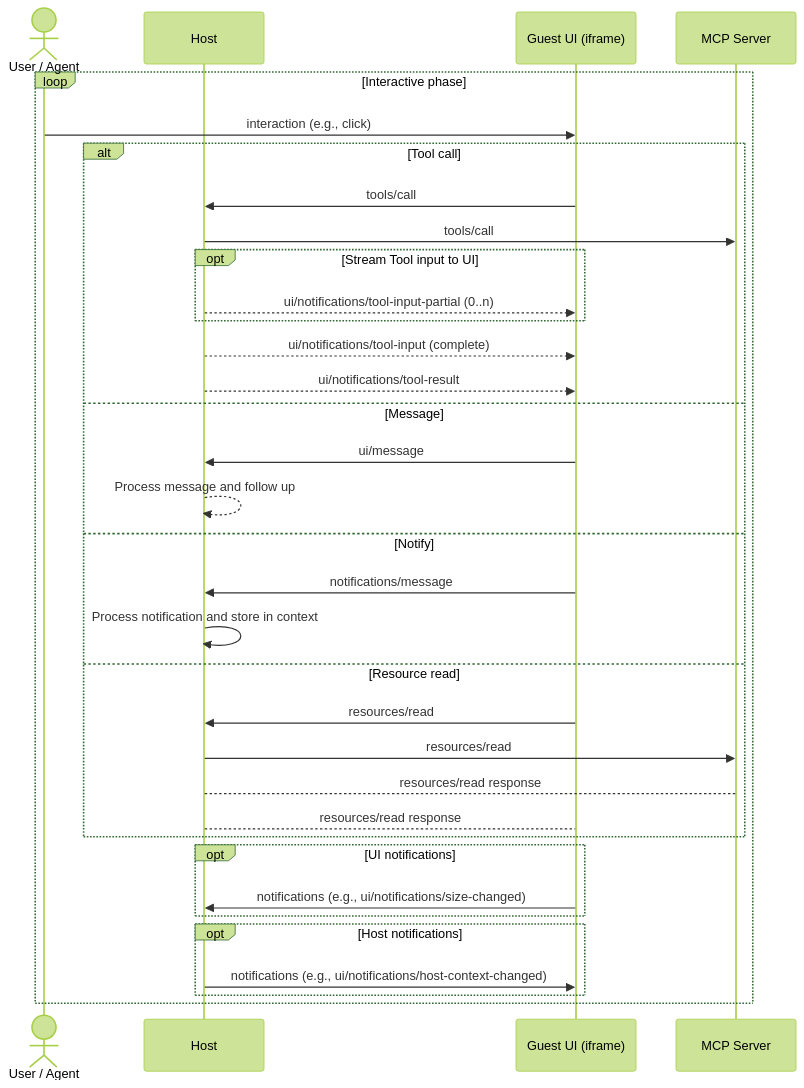
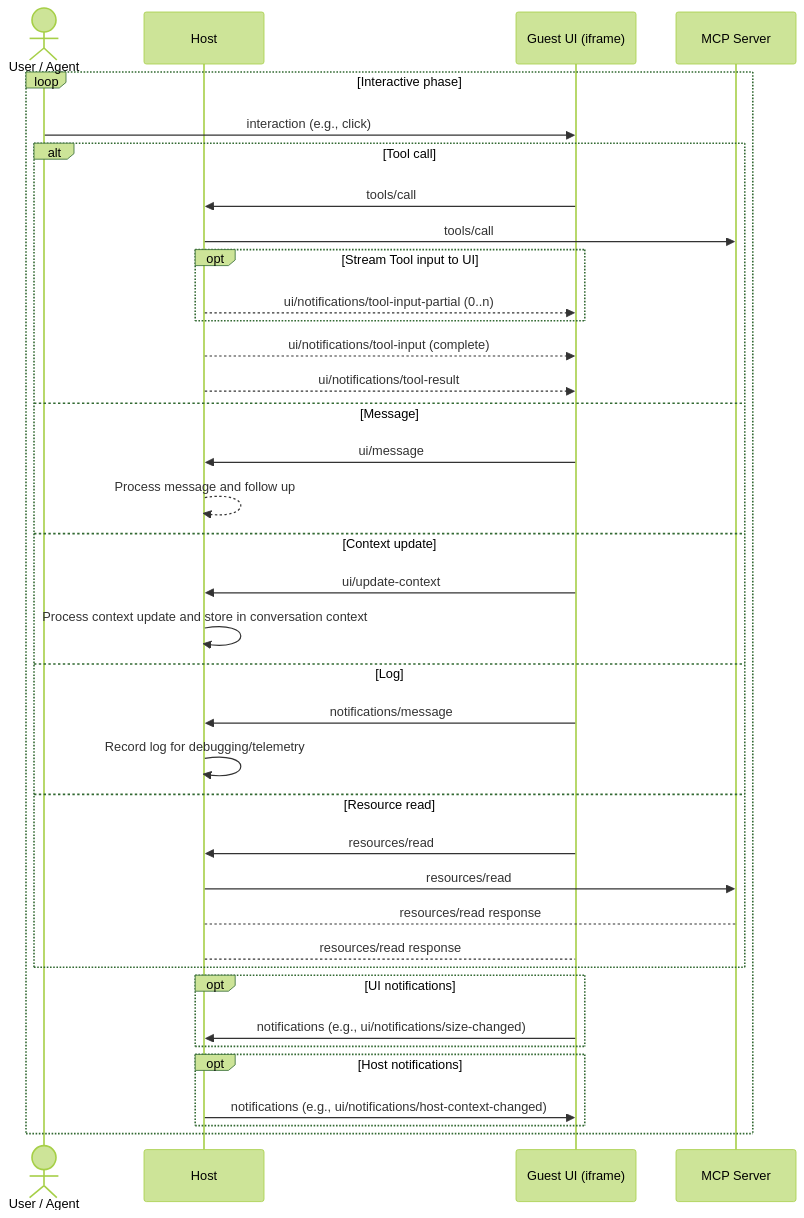
The third of 4 diagrams in specification/draft/apps.mdx (ochafik/ext-apps), drawn with Mermaid (forest theme) before and after one commit. The commit also changed other lines of this file and 8 other files, not shown here.

````diff
--- a/specification/draft/apps.mdx
+++ b/specification/draft/apps.mdx
@@ -749,36 +788,39 @@
 ```mermaid
 sequenceDiagram
   actor U as User / Agent
   participant H as Host
   participant UI as Guest UI (iframe)
   participant S as MCP Server
   loop Interactive phase
     U ->> UI: interaction (e.g., click)
     alt Tool call
       UI ->> H: tools/call
       H ->> S: tools/call
       opt Stream Tool input to UI
         H -->> UI: ui/notifications/tool-input-partial (0..n)
       end
       H -->> UI: ui/notifications/tool-input (complete)
       H-->>UI: ui/notifications/tool-result
     else Message
       UI ->> H: ui/message
       H -->> H: Process message and follow up
-    else Notify
+    else Context update
+      UI ->> H: ui/update-context
+      H ->> H: Process context update and store in conversation context
+    else Log
       UI ->> H: notifications/message
-      H ->> H: Process notification and store in context
+      H ->> H: Record log for debugging/telemetry
     else Resource read
       UI ->> H: resources/read
       H ->> S: resources/read
       S --> H: resources/read response
       H --> UI: resources/read response
     end
     opt UI notifications
       UI ->> H: notifications (e.g., ui/notifications/size-changed)
     end
     opt Host notifications
       H ->> UI: notifications (e.g., ui/notifications/host-context-changed)
     end
   end
 ```
````
